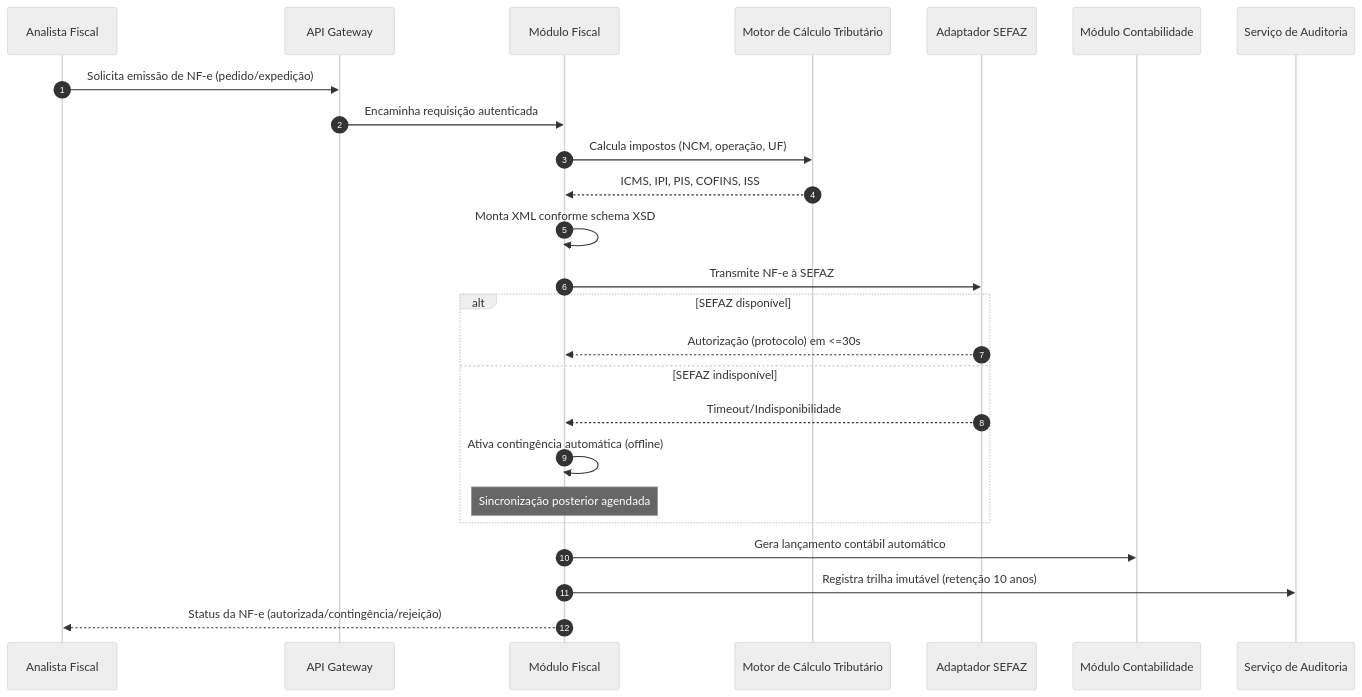
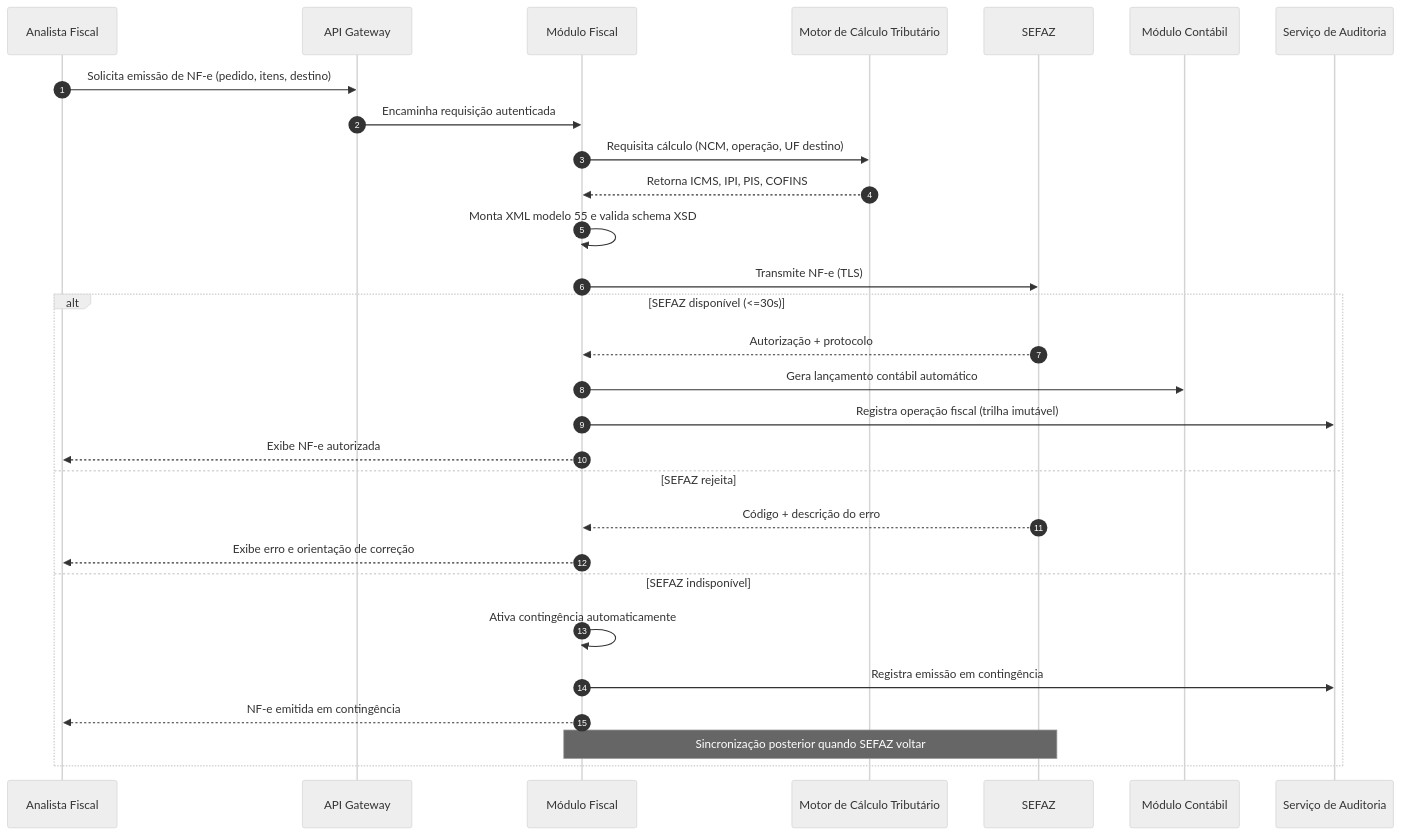
One commit to PDC-ESIA/AI4ES changed the second of 4 diagrams in docs/Time_2_Design/analise-qualitativa/outputs/relatorio_claude_opus_4_8_G03.md. Above: the diagram before and after it, drawn with Mermaid (neutral theme). The commit also changed other lines of this file and 93 other files, not shown here.

````diff
--- a/docs/Time_2_Design/analise-qualitativa/outputs/relatorio_claude_opus_4_8_G03.md
+++ b/docs/Time_2_Design/analise-qualitativa/outputs/relatorio_claude_opus_4_8_G03.md
@@ -85,28 +95,32 @@
 ```mermaid
 sequenceDiagram
     autonumber
     participant U as Analista Fiscal
     participant GW as API Gateway
     participant FIS as Módulo Fiscal
     participant TAX as Motor de Cálculo Tributário
-    participant SEF as Adaptador SEFAZ
-    participant CONT as Módulo Contabilidade
+    participant SEF as SEFAZ
+    participant CTB as Módulo Contábil
     participant AUD as Serviço de Auditoria
 
-    U->>GW: Solicita emissão de NF-e (pedido/expedição)
+    U->>GW: Solicita emissão de NF-e (pedido, itens, destino)
     GW->>FIS: Encaminha requisição autenticada
-    FIS->>TAX: Calcula impostos (NCM, operação, UF)
-    TAX-->>FIS: ICMS, IPI, PIS, COFINS, ISS
-    FIS->>FIS: Monta XML conforme schema XSD
-    FIS->>SEF: Transmite NF-e à SEFAZ
-    alt SEFAZ disponível
-        SEF-->>FIS: Autorização (protocolo) em <=30s
+    FIS->>TAX: Requisita cálculo (NCM, operação, UF destino)
+    TAX-->>FIS: Retorna ICMS, IPI, PIS, COFINS
+    FIS->>FIS: Monta XML modelo 55 e valida schema XSD
+    FIS->>SEF: Transmite NF-e (TLS)
+    alt SEFAZ disponível (<=30s)
+        SEF-->>FIS: Autorização + protocolo
+        FIS->>CTB: Gera lançamento contábil automático
+        FIS->>AUD: Registra operação fiscal (trilha imutável)
+        FIS-->>U: Exibe NF-e autorizada
+    else SEFAZ rejeita
+        SEF-->>FIS: Código + descrição do erro
+        FIS-->>U: Exibe erro e orientação de correção
     else SEFAZ indisponível
-        SEF-->>FIS: Timeout/Indisponibilidade
-        FIS->>FIS: Ativa contingência automática (offline)
-        Note over FIS: Sincronização posterior agendada
+        FIS->>FIS: Ativa contingência automaticamente
+        FIS->>AUD: Registra emissão em contingência
+        FIS-->>U: NF-e emitida em contingência
+        Note over FIS,SEF: Sincronização posterior quando SEFAZ voltar
     end
-    FIS->>CONT: Gera lançamento contábil automático
-    FIS->>AUD: Registra trilha imutável (retenção 10 anos)
-    FIS-->>U: Status da NF-e (autorizada/contingência/rejeição)
 ```
````
